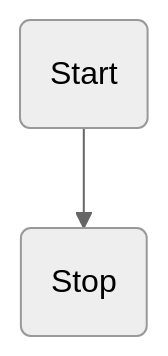
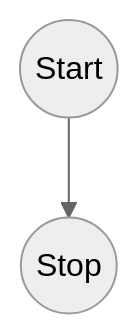
One commit to brolonium210/ENGR101_MD changed the diagram in project01FlowchartCore.md. Above: the diagram before and after it, drawn with Mermaid (neutral theme).

````diff
--- a/project01FlowchartCore.md
+++ b/project01FlowchartCore.md
@@ -1,10 +1,10 @@
 ```mermaid
 ---
   title:Core Flowchart
 ---
 
 flowchart TD
-    A(Start) -->B(Stop)
+    A((Start))-->B((Stop))
 
 
 ```
````
